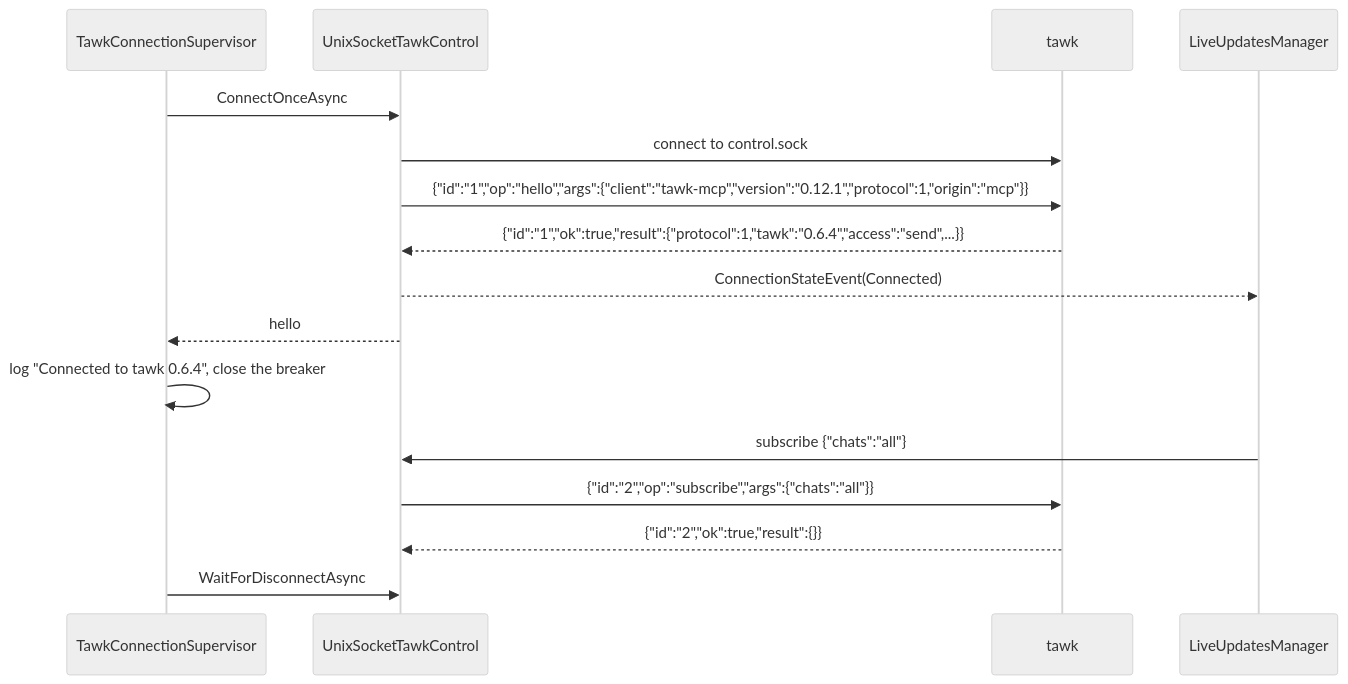
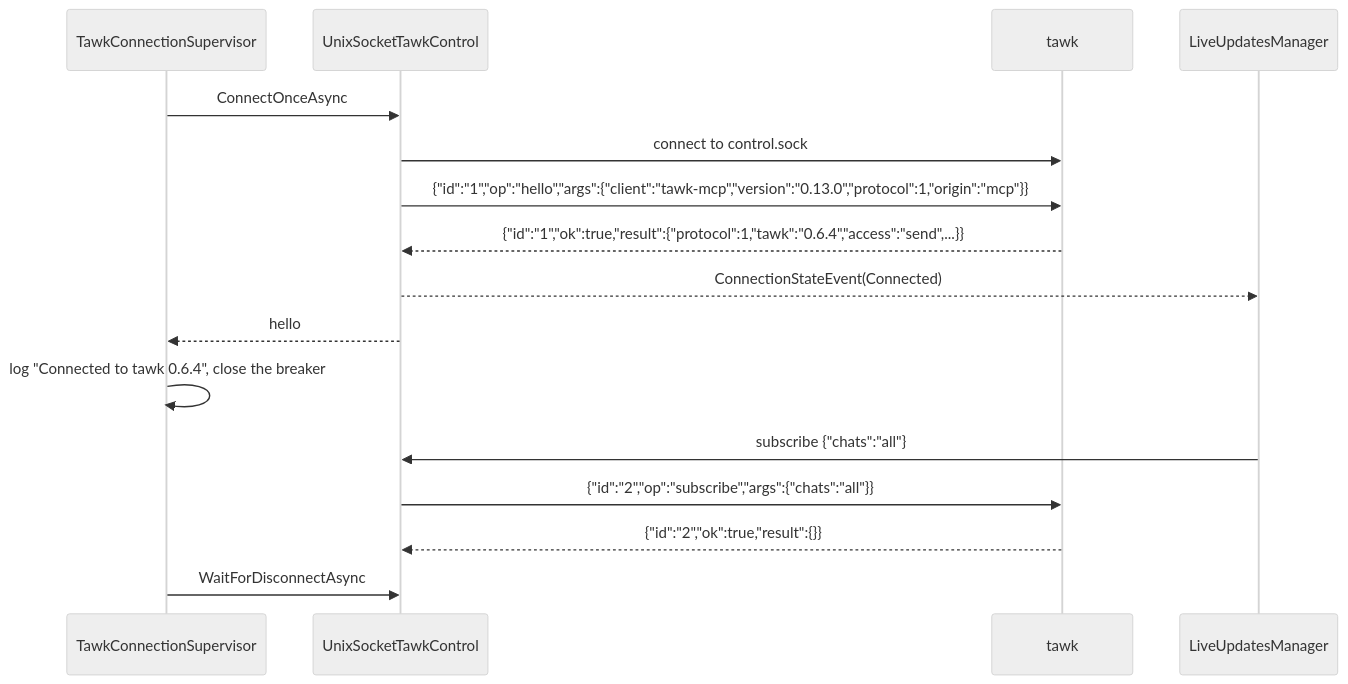
One commit to loganventer/Corvus.Mcp.Server.Tawk changed the first of 14 diagrams in HOW_IT_WORKS.md. Above: the diagram before and after it, drawn with Mermaid (neutral theme). The commit also changed 8 other files, not shown here.

````diff
--- a/HOW_IT_WORKS.md
+++ b/HOW_IT_WORKS.md
@@ -31,19 +31,19 @@
 ```mermaid
 sequenceDiagram
     participant S as TawkConnectionSupervisor
     participant C as UnixSocketTawkControl
     participant T as tawk
     participant L as LiveUpdatesManager
 
     S->>C: ConnectOnceAsync
     C->>T: connect to control.sock
-    C->>T: {"id":"1","op":"hello","args":{"client":"tawk-mcp","version":"0.12.1","protocol":1,"origin":"mcp"}}
+    C->>T: {"id":"1","op":"hello","args":{"client":"tawk-mcp","version":"0.13.0","protocol":1,"origin":"mcp"}}
     T-->>C: {"id":"1","ok":true,"result":{"protocol":1,"tawk":"0.6.4","access":"send",...}}
     C-->>L: ConnectionStateEvent(Connected)
     C-->>S: hello
     S->>S: log "Connected to tawk 0.6.4", close the breaker
     L->>C: subscribe {"chats":"all"}
     C->>T: {"id":"2","op":"subscribe","args":{"chats":"all"}}
     T-->>C: {"id":"2","ok":true,"result":{}}
     S->>C: WaitForDisconnectAsync
 ```
````
